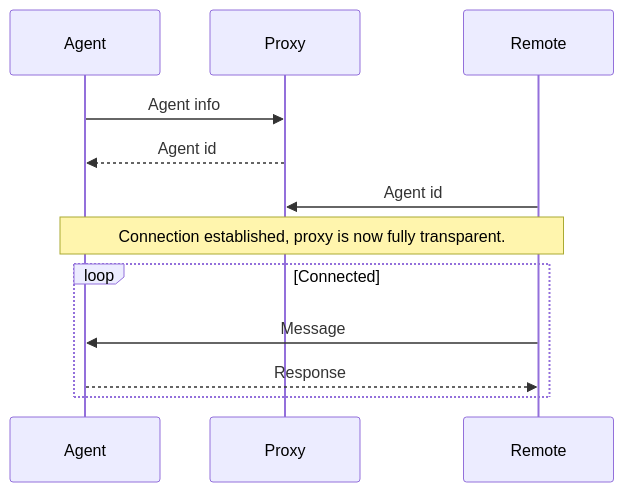
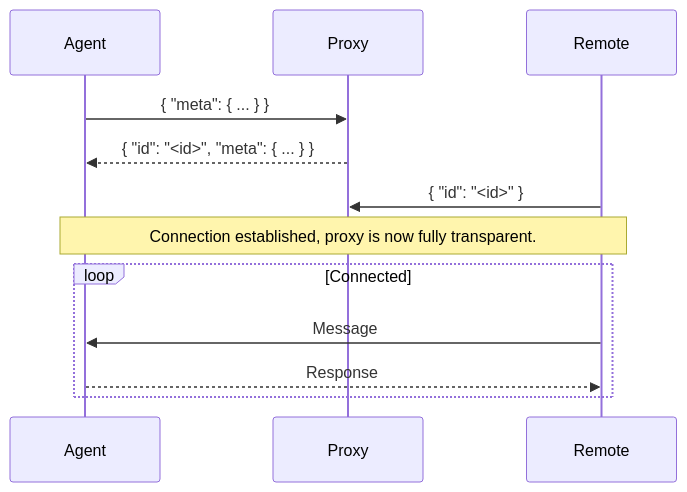
The diagram in docs/diagram.md (TouchDeck/websocket-proxy), drawn with Mermaid before and after one commit. The commit also changed 3 other files, not shown here.

````diff
--- a/docs/diagram.md
+++ b/docs/diagram.md
@@ -3,21 +3,21 @@
 ```mermaid
 sequenceDiagram
     participant Agent
     participant Proxy
     participant Remote
 
     %% Register the agent.
-    Agent->>Proxy: Agent info
-    Proxy-->>Agent: Agent id
+    Agent->>Proxy: { "meta": { ... } }
+    Proxy-->>Agent: { "id": "<id>", "meta": { ... } }
 
     %% Connect to an agent.
-    Remote->>Proxy: Agent id
+    Remote->>Proxy: { "id": "<id>" }
 
     Note over Agent,Remote: Connection established, proxy is now fully transparent.
 
     %% Connected, piping data.
     loop Connected
         Remote->>Agent: Message
         Agent-->>Remote: Response
     end
 ```
````
